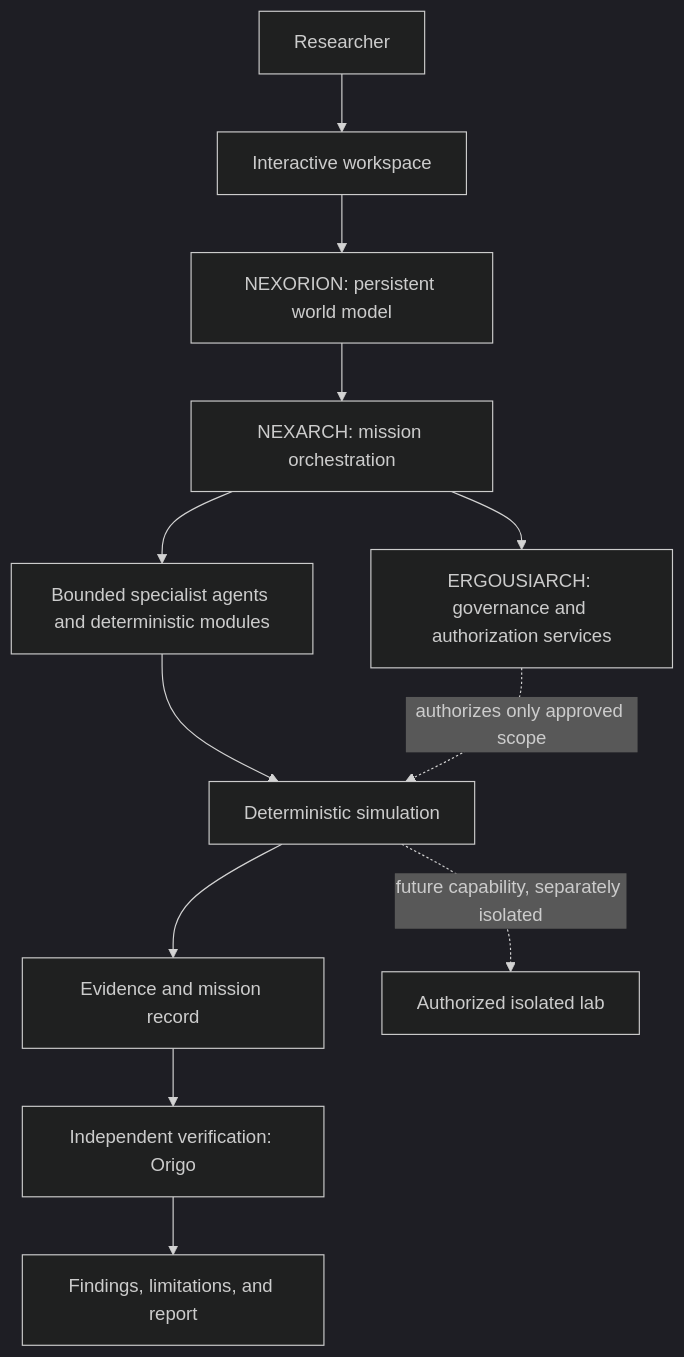
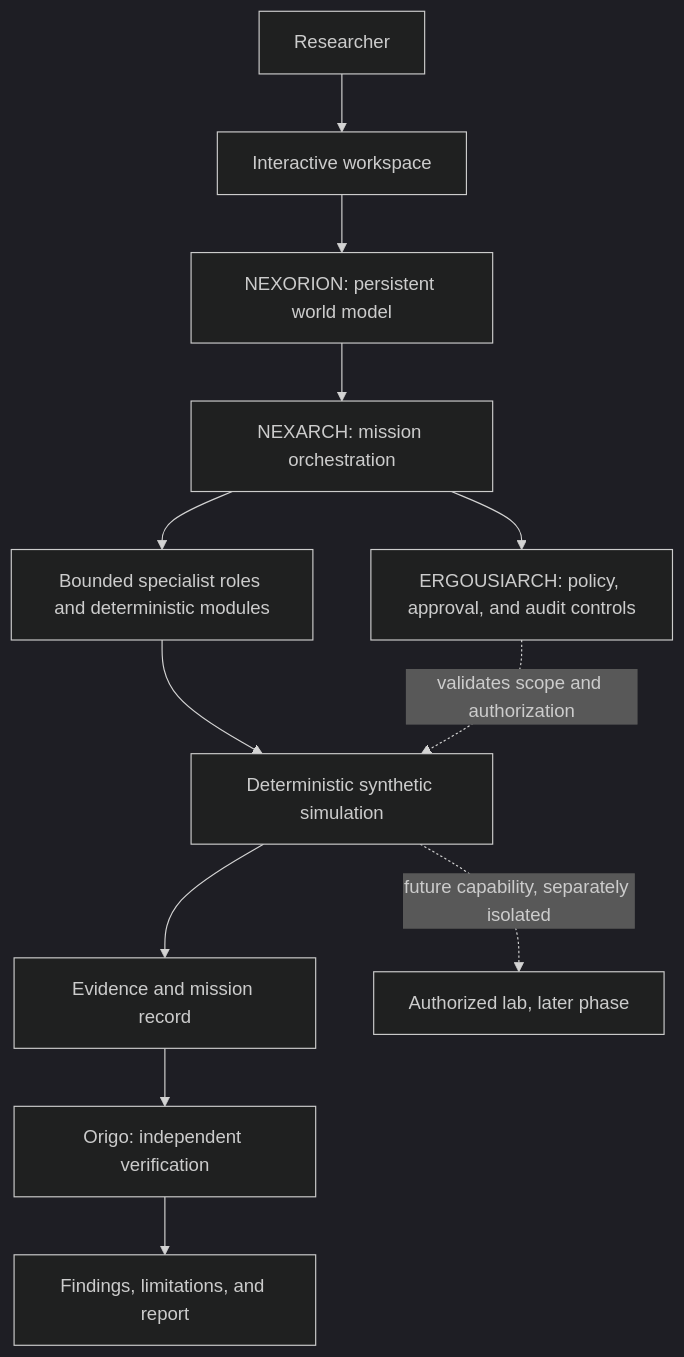
Before and after one commit to Karthik9151/NEXORION: the diagram in README.md, drawn with Mermaid (dark theme). The commit also changed other lines of this file, not shown here.

````diff
--- a/README.md
+++ b/README.md
@@ -27,14 +29,14 @@
 ```mermaid
 flowchart TB
     U[Researcher] --> UI[Interactive workspace]
     UI --> W[NEXORION: persistent world model]
     W --> N[NEXARCH: mission orchestration]
-    N --> A[Bounded specialist agents and deterministic modules]
-    N --> G[ERGOUSIARCH: governance and authorization services]
-    A --> S[Deterministic simulation]
+    N --> A[Bounded specialist roles and deterministic modules]
+    N --> G[ERGOUSIARCH: policy, approval, and audit controls]
+    A --> S[Deterministic synthetic simulation]
     S --> E[Evidence and mission record]
-    E --> V[Independent verification: Origo]
+    E --> V[Origo: independent verification]
     V --> R[Findings, limitations, and report]
-    G -. authorizes only approved scope .-> S
-    S -. future capability, separately isolated .-> L[Authorized isolated lab]
+    G -. validates scope and authorization .-> S
+    S -. future capability, separately isolated .-> L[Authorized lab, later phase]
 ```
````
